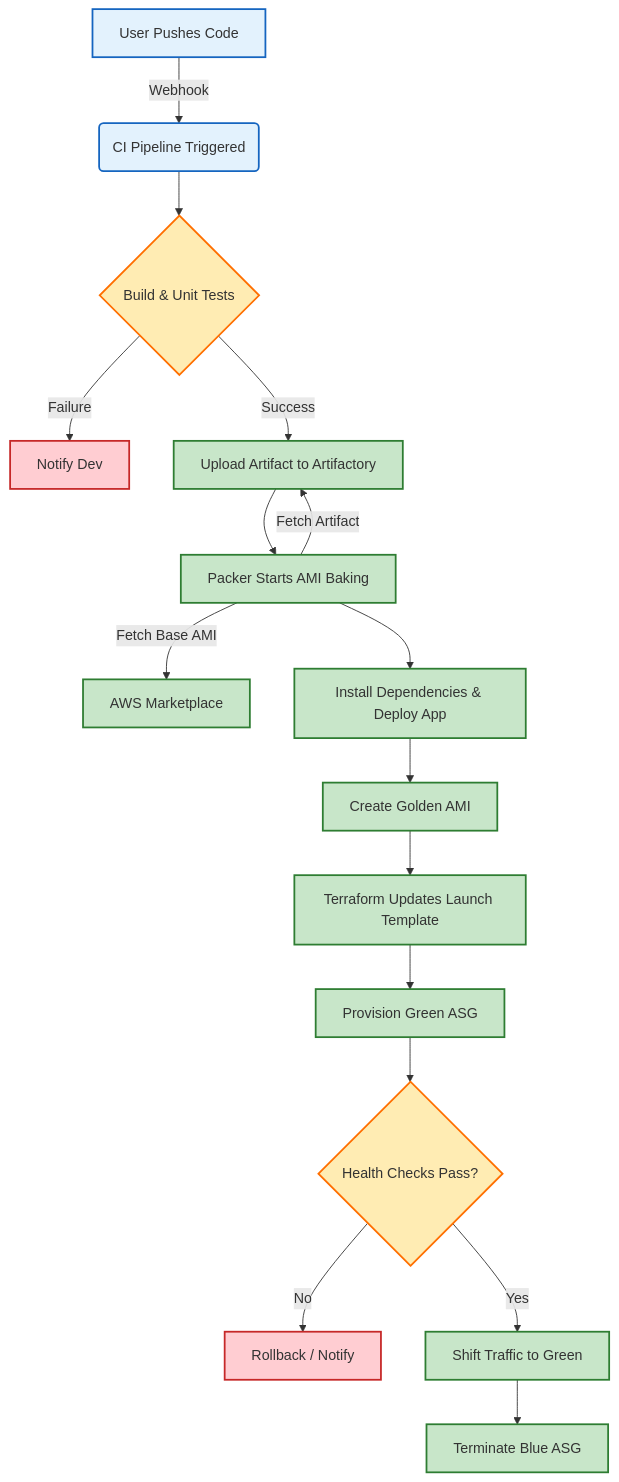
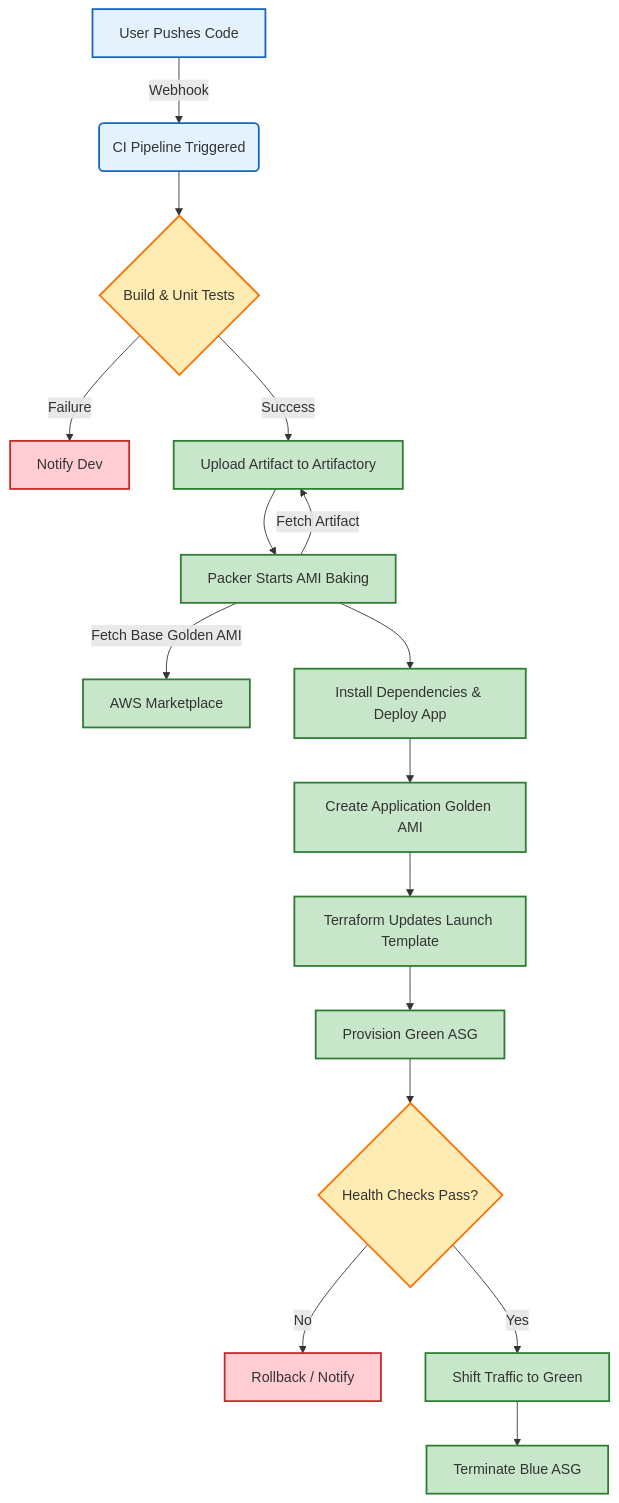
One commit to BakeFoundry/bakefoundry-platform-documentation changed the diagram in README.md. Above: the diagram before and after it, drawn with Mermaid. The commit also changed other lines of this file, not shown here.

````diff
--- a/README.md
+++ b/README.md
@@ -30,29 +30,29 @@
 ```mermaid
 graph TD
     A[User Pushes Code] -->|Webhook| B(CI Pipeline Triggered)
     B --> C{Build & Unit Tests}
     C -->|Failure| D[Notify Dev]
     C -->|Success| E[Upload Artifact to Artifactory]
     E --> F[Packer Starts AMI Baking]
-    F -->|Fetch Base AMI| G[AWS Marketplace]
+    F -->|Fetch Base Golden AMI| G[AWS Marketplace]
     F -->|Fetch Artifact| E
     F --> H[Install Dependencies & Deploy App]
-    H --> I[Create Golden AMI]
+    H --> I[Create Application Golden AMI]
     I --> J[Terraform Updates Launch Template]
     J --> K[Provision Green ASG]
     K --> L{Health Checks Pass?}
     L -->|No| M[Rollback / Notify]
     L -->|Yes| N[Shift Traffic to Green]
     N --> O[Terminate Blue ASG]
 
     %% Styling
     classDef condition fill:#ffecb3,stroke:#ff6f00,stroke-width:2px;
     classDef success fill:#c8e6c9,stroke:#2e7d32,stroke-width:2px;
     classDef failure fill:#ffcdd2,stroke:#c62828,stroke-width:2px;
     classDef standard fill:#e3f2fd,stroke:#1565c0,stroke-width:2px;
 
     class C,L condition;
     class E,F,G,H,I,J,K,N,O success;
     class D,M failure;
     class A,B standard;
 ```
````
